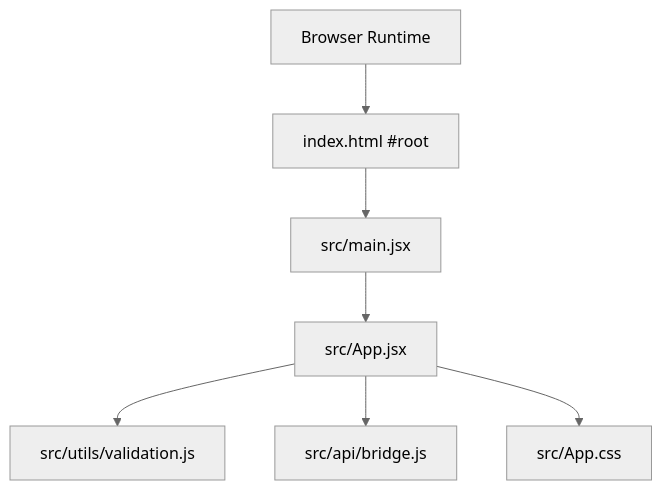
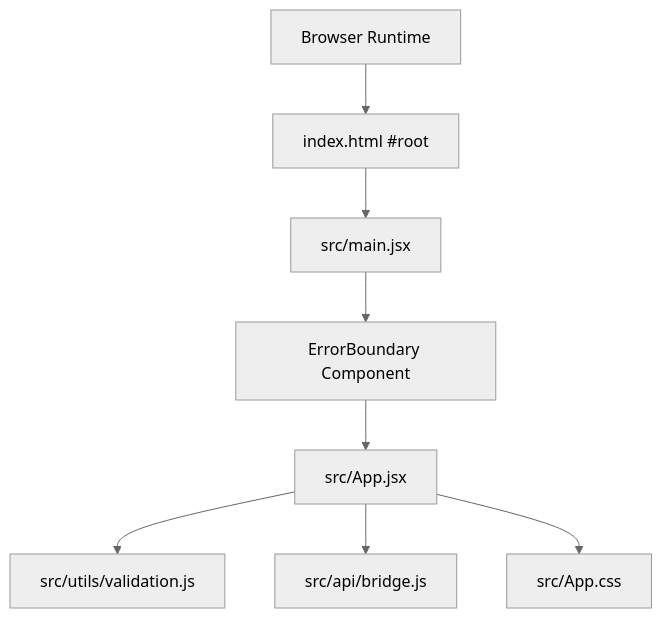
The first of 9 diagrams in .qoder/repowiki/en/content/Technical Architecture/Application Components.md (KaranMakani/deposit-fixer), drawn with Mermaid (neutral theme) before and after one commit. The commit also changed other lines of this file and 10 other files, not shown here.

````diff
--- a/.qoder/repowiki/en/content/Technical Architecture/Application Components.md
+++ b/.qoder/repowiki/en/content/Technical Architecture/Application Components.md
@@ -36,9 +46,10 @@
 ```mermaid
 graph TB
 Browser["Browser Runtime"] --> RootDiv["index.html #root"]
 RootDiv --> MainJSX["src/main.jsx"]
-MainJSX --> AppJSX["src/App.jsx"]
+MainJSX --> ErrorBoundary["ErrorBoundary Component"]
+ErrorBoundary --> AppJSX["src/App.jsx"]
 AppJSX --> ValidationJS["src/utils/validation.js"]
 AppJSX --> BridgeJS["src/api/bridge.js"]
 AppJSX --> AppCSS["src/App.css"]
 ```
````
